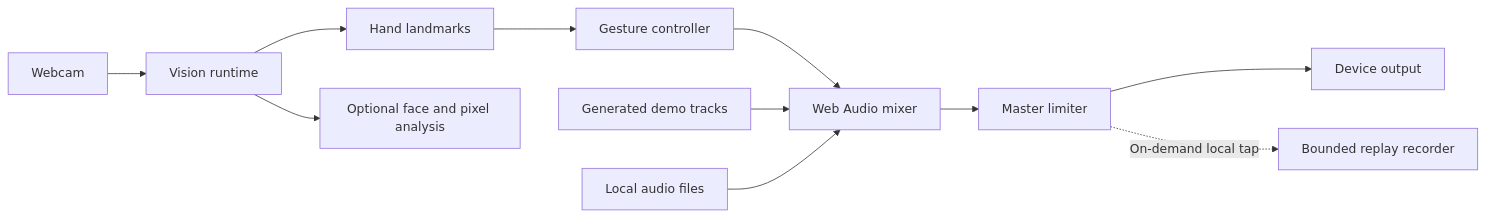
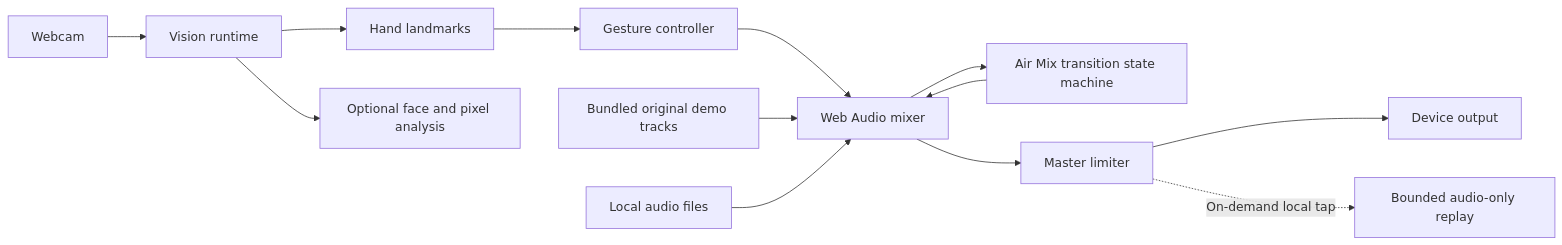
The diagram in docs/ARCHITECTURE.md (kaantaskentt/conductor-vision), drawn with Mermaid before and after one commit. The commit also changed other lines of this file and 24 other files, not shown here.

Commit message:
feat: add Air Mix and local replay

````diff
--- a/docs/ARCHITECTURE.md
+++ b/docs/ARCHITECTURE.md
@@ -7,13 +7,15 @@
 ```mermaid
 flowchart LR
   Camera[Webcam] --> Runtime[Vision runtime]
   Runtime --> Hand[Hand landmarks]
   Runtime --> Face[Optional face and pixel analysis]
   Hand --> Gesture[Gesture controller]
   Gesture --> Mixer[Web Audio mixer]
-  Demo[Generated demo tracks] --> Mixer
+  Demo[Bundled original demo tracks] --> Mixer
   Files[Local audio files] --> Mixer
+  Mixer --> Transition[Air Mix transition state machine]
+  Transition --> Mixer
   Mixer --> Master[Master limiter]
   Master --> Output[Device output]
-  Master -. On-demand local tap .-> Replay[Bounded replay recorder]
+  Master -. On-demand local tap .-> Replay[Bounded audio-only replay]
 ```
````
